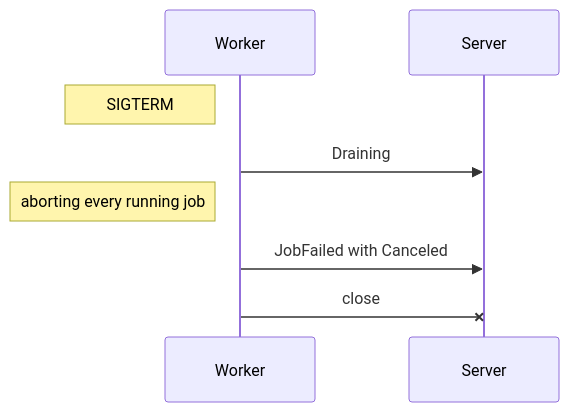
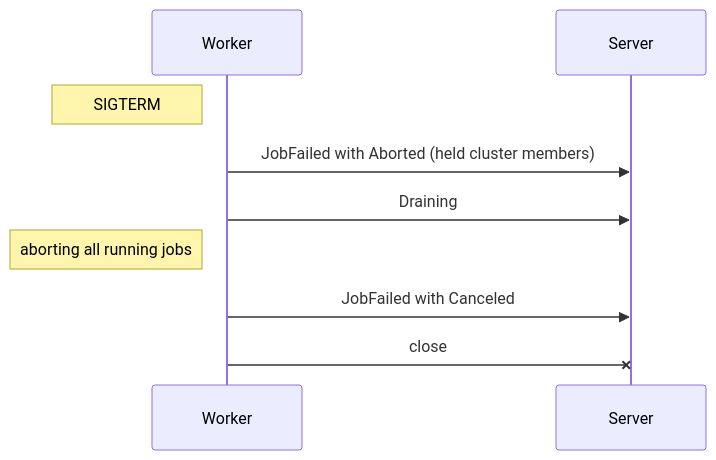
Before and after one commit to wavelens/gradient: the second of 2 diagrams in docs/src/contributors/proto/jobs.md, drawn with Mermaid. The commit also changed other lines of this file, not shown here.

Commit message:
docs: fix: correct the jobs protocol page against the current worker and server

````diff
--- a/docs/src/contributors/proto/jobs.md
+++ b/docs/src/contributors/proto/jobs.md
@@ -139,10 +183,11 @@
 ```mermaid
 sequenceDiagram
     participant W as Worker
     participant S as Server
     Note left of W: SIGTERM
+    W->>S: JobFailed with Aborted (held cluster members)
     W->>S: Draining
-    Note left of W: aborting every running job
+    Note left of W: aborting all running jobs
     W->>S: JobFailed with Canceled
     W-xS: close
 ```
````
